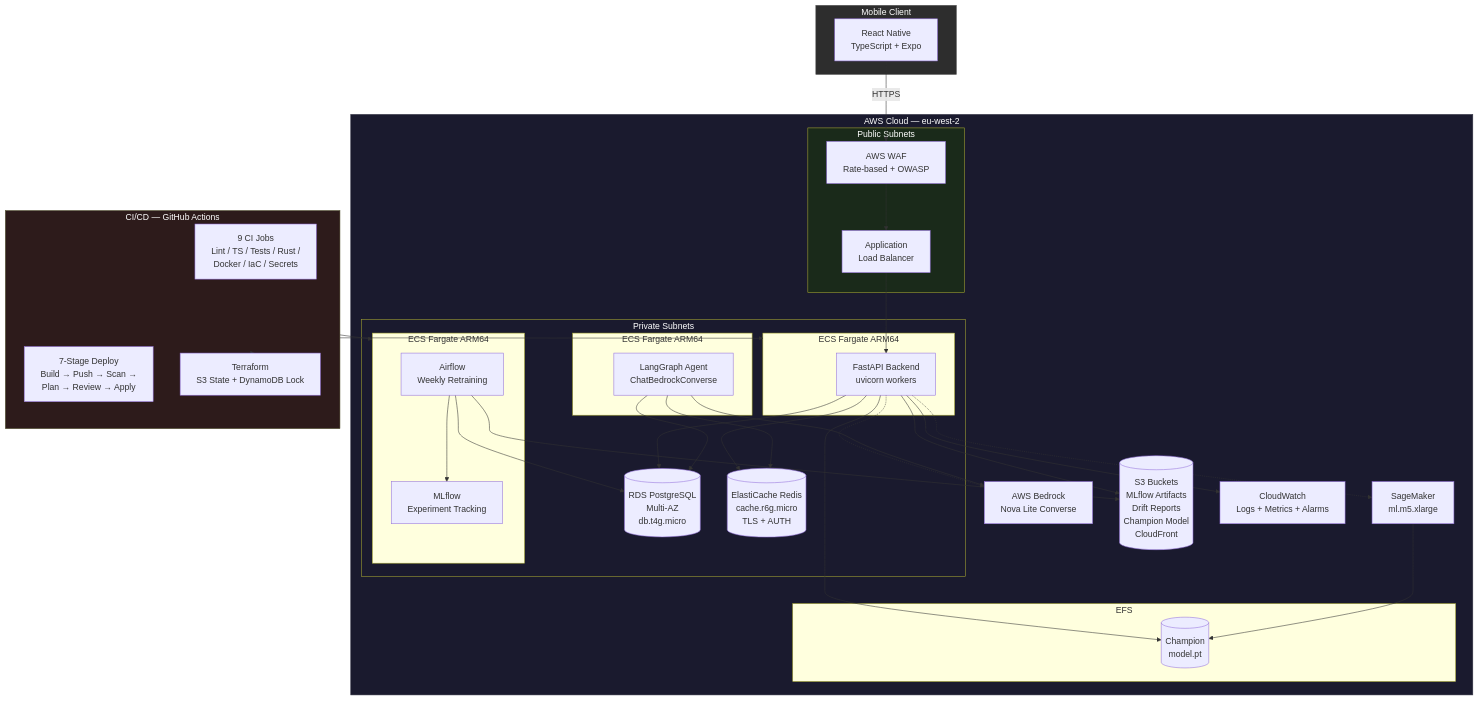
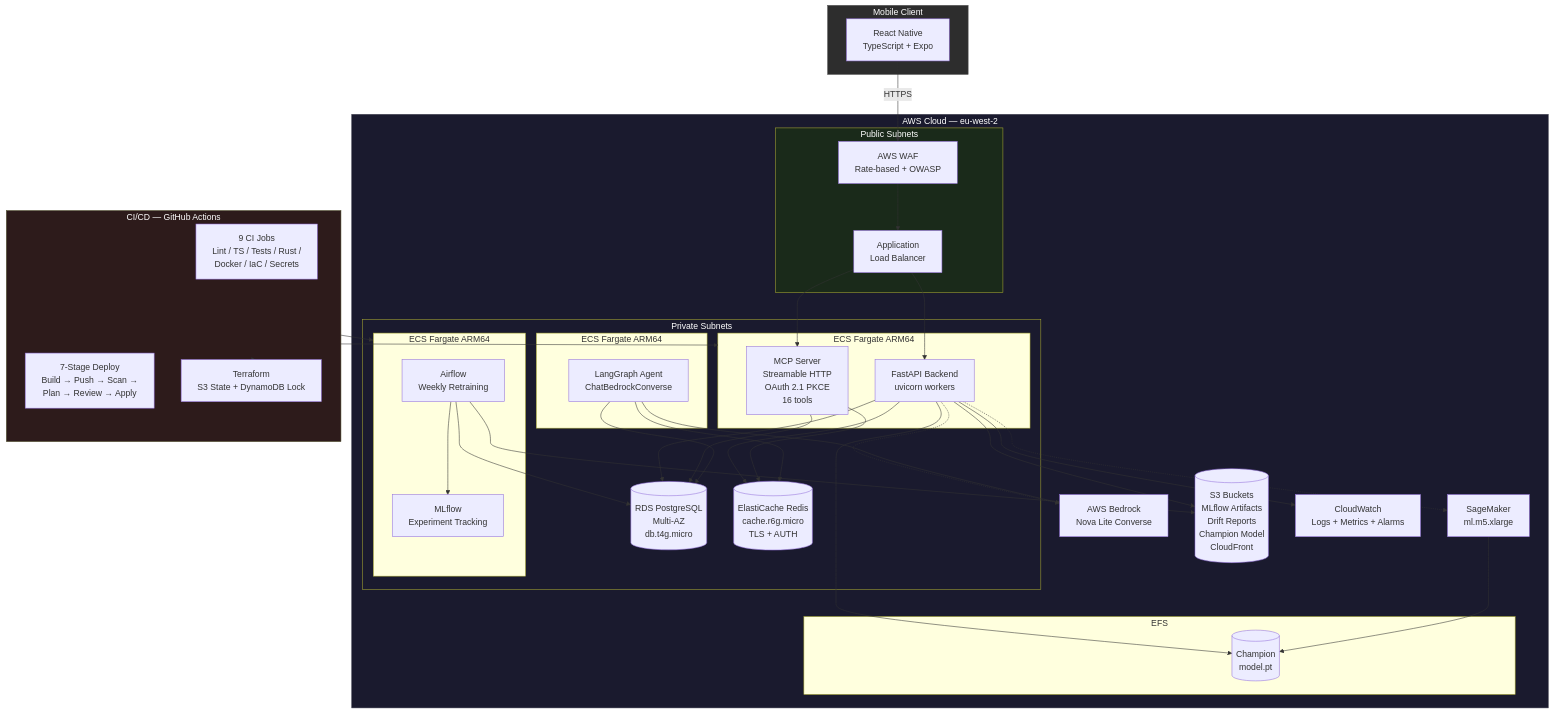
Before and after one commit to AhmedIkram05/stocklens: the first of 10 diagrams in README.md, drawn with Mermaid. The commit also changed other lines of this file, not shown here.

Commit message:
docs: Update README to include MCP tools and server details, enhancing project overview and documentation clarity

````diff
--- a/README.md
+++ b/README.md
@@ -92,75 +96,79 @@
 ```mermaid
 flowchart TB
     subgraph Client["Mobile Client"]
         RN[React Native<br/>TypeScript + Expo]
     end
 
     subgraph AWS["AWS Cloud — eu-west-2"]
         subgraph Public["Public Subnets"]
             ALB[Application<br/>Load Balancer]
             WAF[AWS WAF<br/>Rate-based + OWASP]
         end
 
         subgraph Private["Private Subnets"]
             subgraph ECS_API["ECS Fargate ARM64"]
                 API[FastAPI Backend<br/>uvicorn workers]
+                MCP[MCP Server<br/>Streamable HTTP<br/>OAuth 2.1 PKCE<br/>16 tools]
             end
 
             subgraph ECS_AGENT["ECS Fargate ARM64"]
                 AGENT[LangGraph Agent<br/>ChatBedrockConverse]
             end
 
             RDS[(RDS PostgreSQL<br/>Multi-AZ<br/>db.t4g.micro)]
             RC[(ElastiCache Redis<br/>cache.r6g.micro<br/>TLS + AUTH)]
 
             subgraph ECS_ML["ECS Fargate ARM64"]
                 AF[Airflow<br/>Weekly Retraining]
                 MLF[MLflow<br/>Experiment Tracking]
             end
         end
 
         BEDROCK[AWS Bedrock<br/>Nova Lite Converse]
         S3_BUCKETS[(S3 Buckets<br/>MLflow Artifacts<br/>Drift Reports<br/>Champion Model<br/>CloudFront)]
         CW[CloudWatch<br/>Logs + Metrics + Alarms]
 
         subgraph EFS["EFS"]
             CHAMPION[(Champion<br/>model.pt)]
         end
 
         SM[SageMaker<br/>ml.m5.xlarge]
     end
 
     subgraph CI_CD["CI/CD — GitHub Actions"]
         GHA[9 CI Jobs<br/>Lint / TS / Tests / Rust /<br/>Docker / IaC / Secrets]
         CD[7-Stage Deploy<br/>Build → Push → Scan →<br/>Plan → Review → Apply]
         TF[Terraform<br/>S3 State + DynamoDB Lock]
     end
 
     RN -->|HTTPS| WAF
     WAF --> ALB
     ALB --> API
+    ALB --> MCP
     API --> RDS
     API --> RC
     API --> S3_BUCKETS
     API -.-> BEDROCK
+    MCP --> RDS
+    MCP --> RC
     AGENT --> BEDROCK
     API --> CW
     AGENT --> RC
     AGENT --> RDS
     AF --> MLF
     AF --> S3_BUCKETS
     AF --> RDS
     API --> CHAMPION
     SM --> CHAMPION
     API -.-> SM
 
     CI_CD --> ECS_API
     CI_CD --> ECS_ML
     CI_CD --> TF
 
     style Client fill:#2d2d2d,color:#fff,stroke:#555
     style AWS fill:#1a1a2e,color:#fff,stroke:#334
     style Public fill:#1a2a1a,color:#fff
     style Private fill:#1a1a2e,color:#fff
     style CI_CD fill:#2d1b1b,color:#fff,stroke:#553
 ```
````
